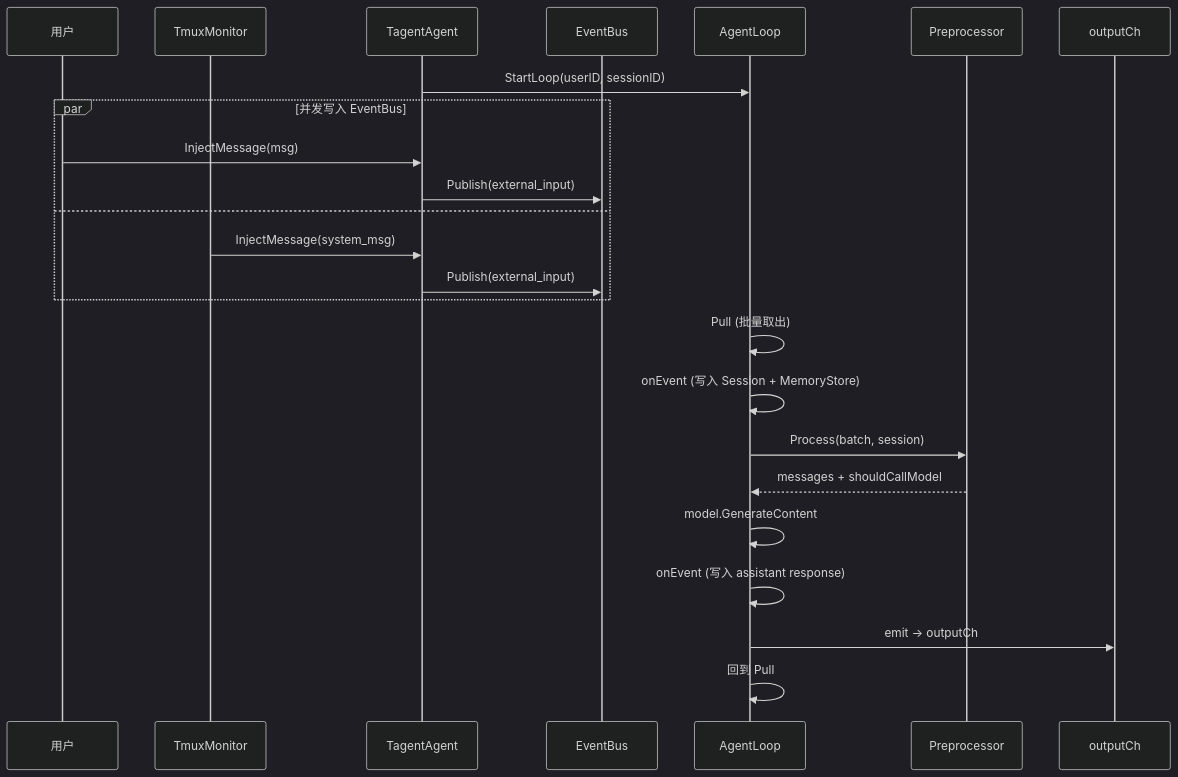
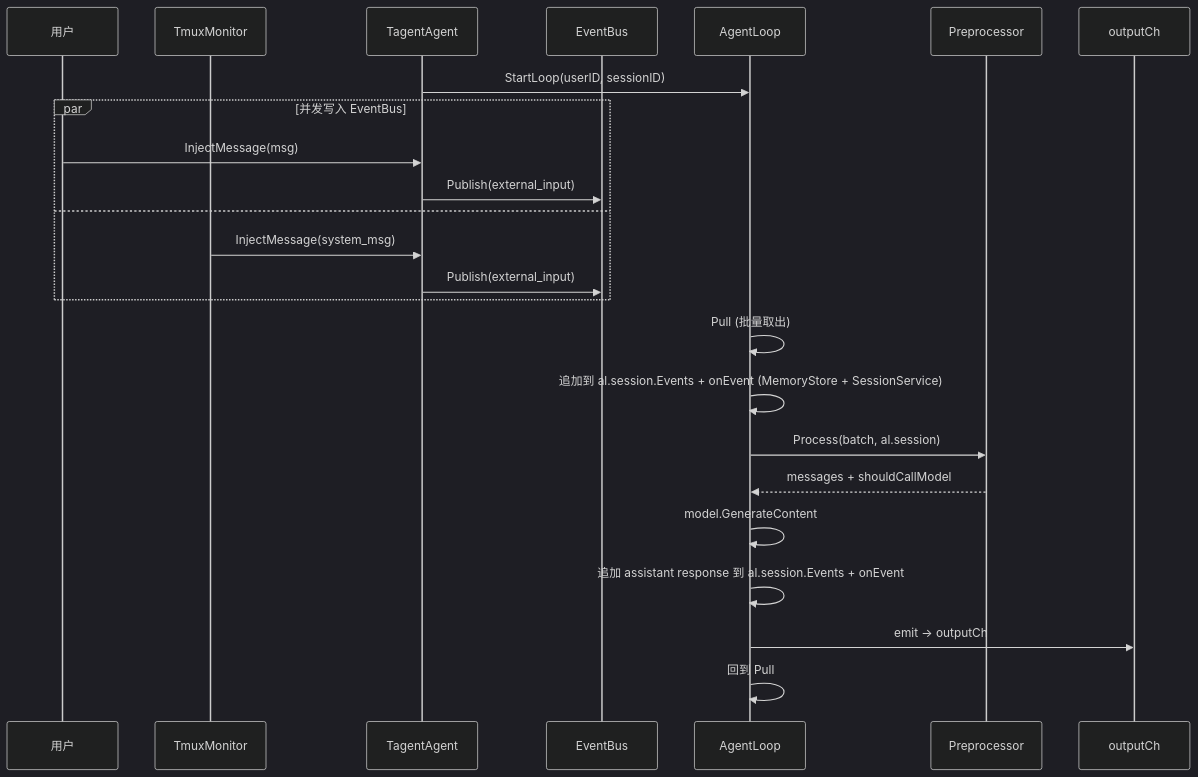
The seventh of 9 diagrams in README.md (SpellingDragon/tagent), drawn with Mermaid (dark theme) before and after one commit. The commit also changed other lines of this file and 6 other files, not shown here.

````diff
--- a/README.md
+++ b/README.md
@@ -328,29 +331,29 @@
 ```mermaid
 sequenceDiagram
     participant U as 用户
     participant TM as TmuxMonitor
     participant TA as TagentAgent
     participant EB as EventBus
     participant AL as AgentLoop
     participant PP as Preprocessor
     participant OC as outputCh
 
     TA->>AL: StartLoop(userID, sessionID)
 
     par 并发写入 EventBus
         U->>TA: InjectMessage(msg)
         TA->>EB: Publish(external_input)
     and
         TM->>TA: InjectMessage(system_msg)
         TA->>EB: Publish(external_input)
     end
 
     AL->>AL: Pull (批量取出)
-    AL->>AL: onEvent (写入 Session + MemoryStore)
-    AL->>PP: Process(batch, session)
+    AL->>AL: 追加到 al.session.Events + onEvent (MemoryStore + SessionService)
+    AL->>PP: Process(batch, al.session)
     PP-->>AL: messages + shouldCallModel
     AL->>AL: model.GenerateContent
-    AL->>AL: onEvent (写入 assistant response)
+    AL->>AL: 追加 assistant response 到 al.session.Events + onEvent
     AL->>OC: emit → outputCh
     AL->>AL: 回到 Pull
 ```
````
